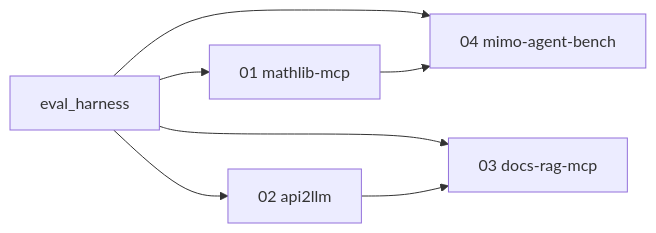
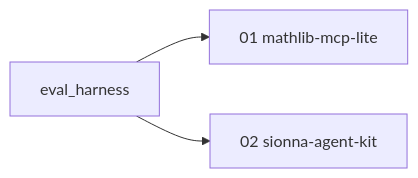
Before and after one commit to ag-68/AgenticMathLib: the diagram in README.md, drawn with Mermaid. The commit also changed other lines of this file and 43 other files, not shown here.

````diff
--- a/README.md
+++ b/README.md
@@ -19,14 +21,8 @@
 ```mermaid
 flowchart LR
   harness["eval_harness"]
-  p01["01 mathlib-mcp"]
-  p02["02 api2llm"]
-  p03["03 docs-rag-mcp"]
-  p04["04 mimo-agent-bench"]
+  p01["01 mathlib-mcp-lite"]
+  p02["02 sionna-agent-kit"]
   harness --> p01
   harness --> p02
-  harness --> p03
-  harness --> p04
-  p01 --> p04
-  p02 --> p03
 ```
````
